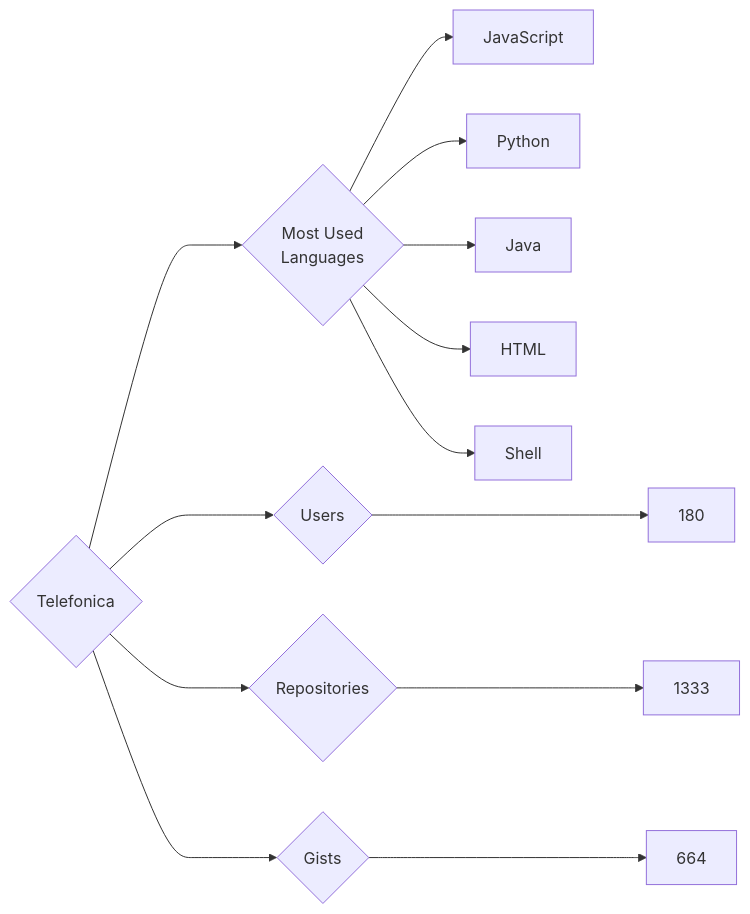
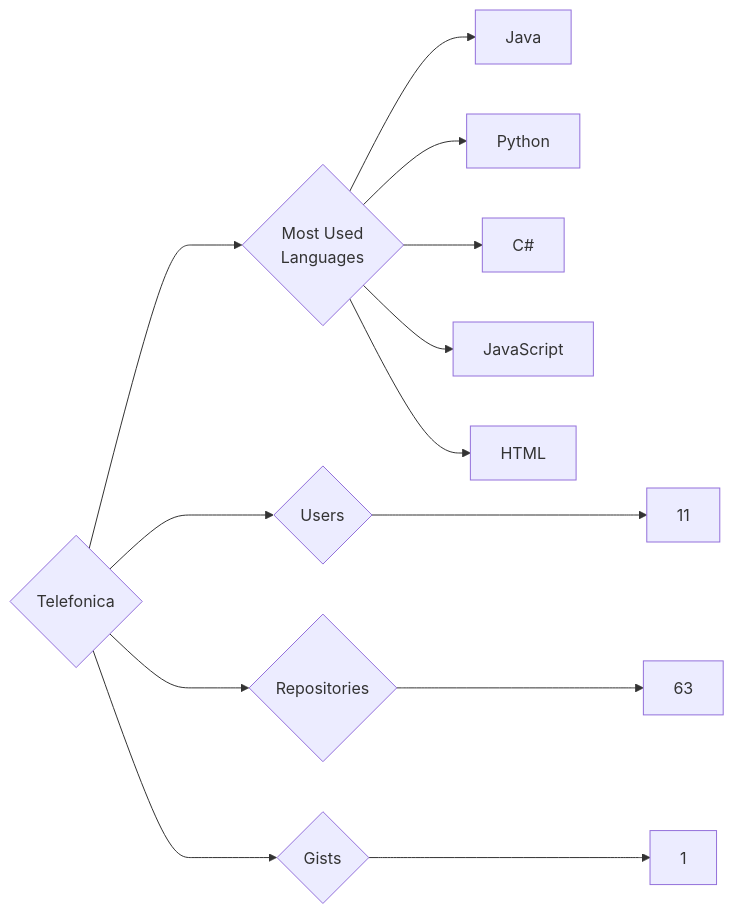
The diagram in targets/Telefonica/README.md (trickest/insiders), drawn with Mermaid before and after one commit. The commit also changed 582 other files, not shown here.

````diff
--- a/targets/Telefonica/README.md
+++ b/targets/Telefonica/README.md
@@ -3,13 +3,13 @@
 ```mermaid
 graph LR
 COMPANY_NAME{Telefonica}
-COMPANY_NAME ---> U{Users} ---> UN[180]
-COMPANY_NAME ---> R{Repositories} ---> RN[1333]
-COMPANY_NAME ---> G{Gists} ---> GN[664]
+COMPANY_NAME ---> U{Users} ---> UN[11]
+COMPANY_NAME ---> R{Repositories} ---> RN[63]
+COMPANY_NAME ---> G{Gists} ---> GN[1]
 COMPANY_NAME ---> ML{Most Used<br>Languages}
+ML --> Java[Java]
+ML --> Python[Python]
+ML --> C#[C#]
 ML --> JavaScript[JavaScript]
-ML --> Python[Python]
-ML --> Java[Java]
 ML --> HTML[HTML]
-ML --> Shell[Shell]
 ```
````
